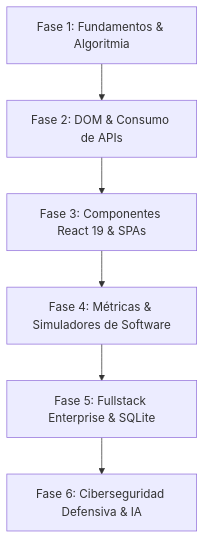
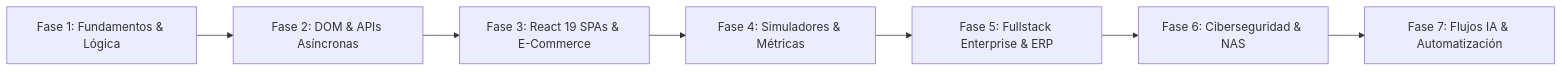
One commit to Franc-Devel/landing-page-porfolio changed the diagram in README.md. Above: the diagram before and after it, drawn with Mermaid. The commit also changed other lines of this file, not shown here.

Commit message:
docs(readme): create executive portfolio documentation highlighting 20+ projects, AI engineering workflow and architecture

````diff
--- a/README.md
+++ b/README.md
@@ -26,8 +62,9 @@
 ```mermaid
-graph TD
-    F1[Fase 1: Fundamentos & Algoritmia] --> F2[Fase 2: DOM & Consumo de APIs]
-    F2 --> F3[Fase 3: Componentes React 19 & SPAs]
-    F3 --> F4[Fase 4: Métricas & Simuladores de Software]
-    F4 --> F5[Fase 5: Fullstack Enterprise & SQLite]
-    F5 --> F6[Fase 6: Ciberseguridad Defensiva & IA]
+graph LR
+    F1[Fase 1: Fundamentos & Lógica] --> F2[Fase 2: DOM & APIs Asíncronas]
+    F2 --> F3[Fase 3: React 19 SPAs & E-Commerce]
+    F3 --> F4[Fase 4: Simuladores & Métricas]
+    F4 --> F5[Fase 5: Fullstack Enterprise & ERP]
+    F5 --> F6[Fase 6: Ciberseguridad & NAS]
+    F6 --> F7[Fase 7: Flujos IA & Automatización]
 ```
````
